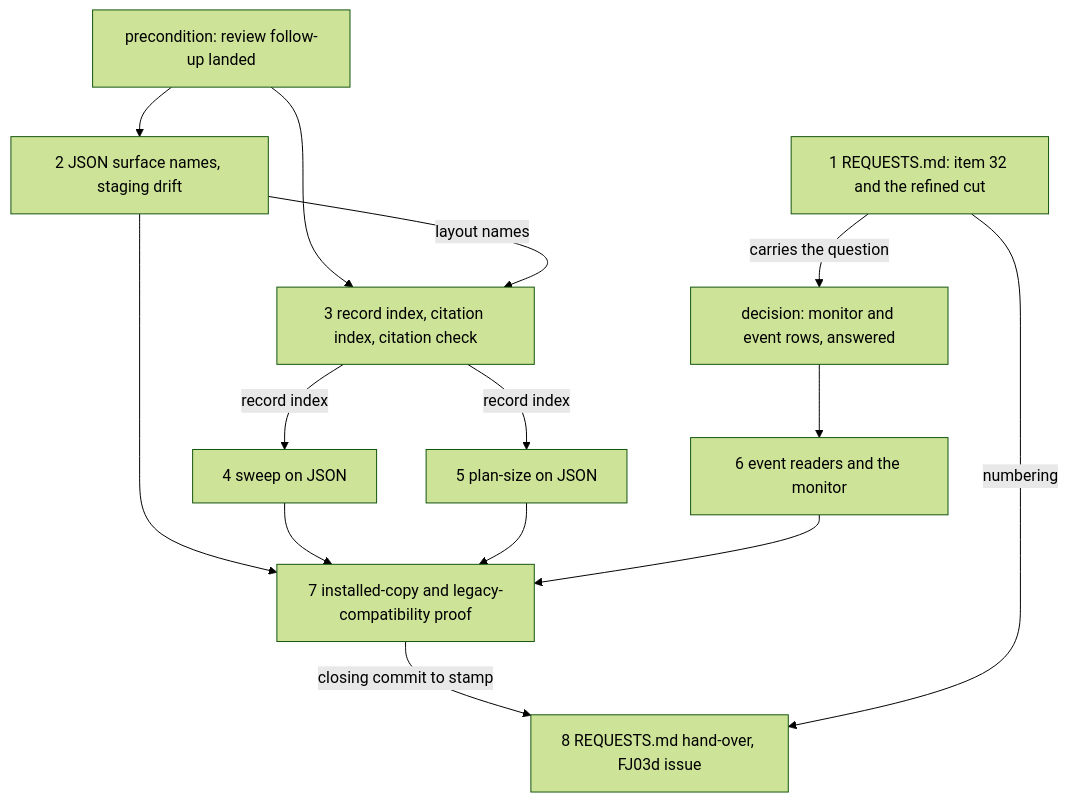
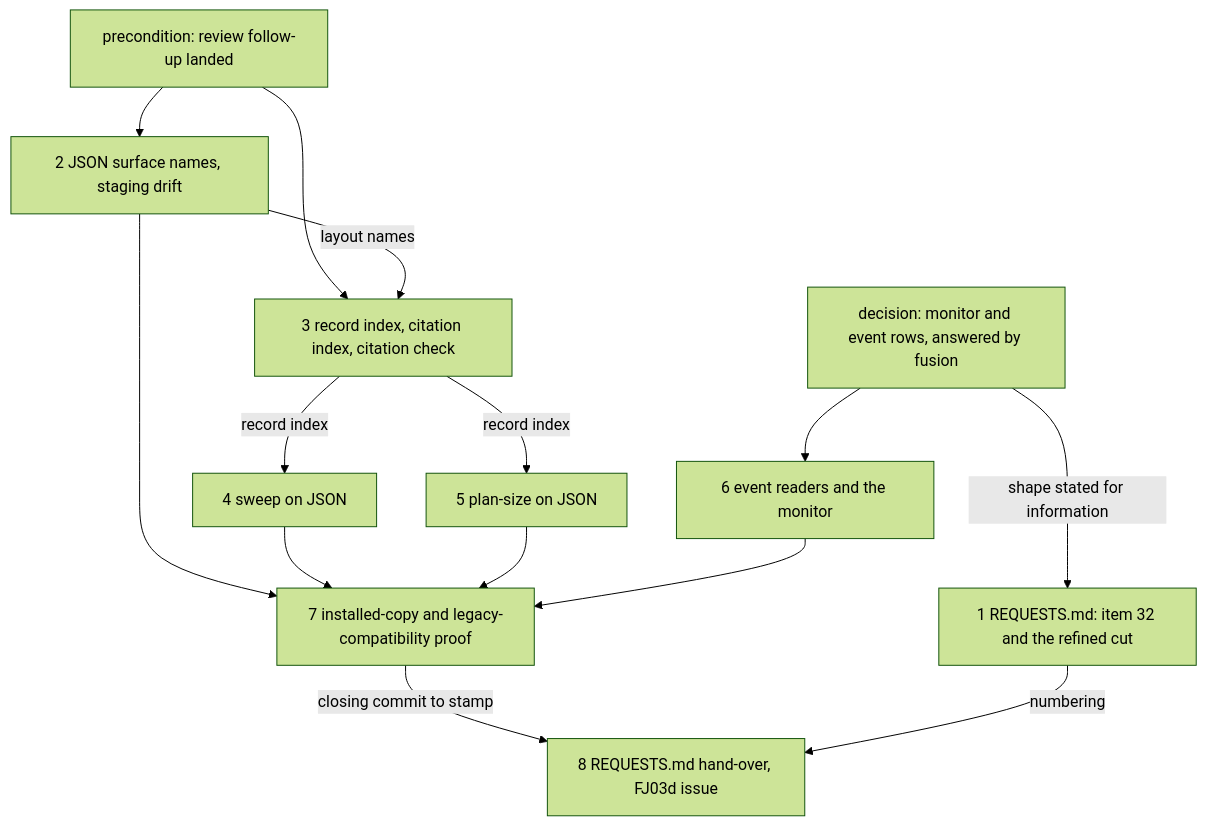
Before and after one commit to tenzoki/fusion: the second of 2 diagrams in fusion-workbench/work-packages/260928-1338-json-control-data-and-markdown-artefacts/plans/260930-1451_o_plan-fj03b-observers-checkers-citations-and-the-monitor-on-json.md, drawn with Mermaid (forest theme). The commit also changed other lines of this file and 1 other file, not shown here.

First line of the commit message:
docs(workbench): fold a second opinion into the FJ03b plan draft and its open monitor decision

````diff
--- a/fusion-workbench/work-packages/260928-1338-json-control-data-and-markdown-artefacts/plans/260930-1451_o_plan-fj03b-observers-checkers-citations-and-the-monitor-on-json.md
+++ b/fusion-workbench/work-packages/260928-1338-json-control-data-and-markdown-artefacts/plans/260930-1451_o_plan-fj03b-observers-checkers-citations-and-the-monitor-on-json.md
@@ -56,24 +56,24 @@
 ```mermaid
 flowchart TD
   P[precondition: review follow-up landed] --> S2
   P --> S3
   S1[1 REQUESTS.md: item 32 and the refined cut]
   S2[2 JSON surface names, staging drift]
   S3[3 record index, citation index, citation check]
   S4[4 sweep on JSON]
   S5[5 plan-size on JSON]
-  D[decision: monitor and event rows, answered] --> S6
-  S1 -->|carries the question| D
+  D[decision: monitor and event rows, answered by fusion] --> S6
+  D -->|shape stated for information| S1
   S6[6 event readers and the monitor]
   S7[7 installed-copy and legacy-compatibility proof]
   S8[8 REQUESTS.md hand-over, FJ03d issue]
   S2 -->|layout names| S3
   S3 -->|record index| S4
   S3 -->|record index| S5
   S2 --> S7
   S4 --> S7
   S5 --> S7
   S6 --> S7
   S7 -->|closing commit to stamp| S8
   S1 -->|numbering| S8
 ```
````
